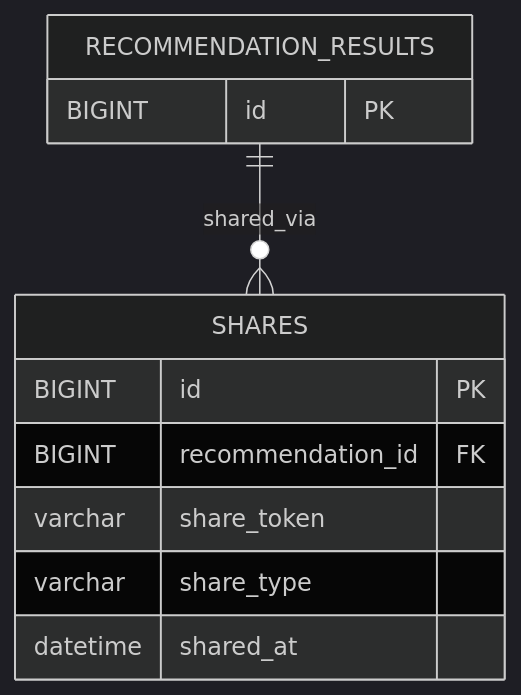
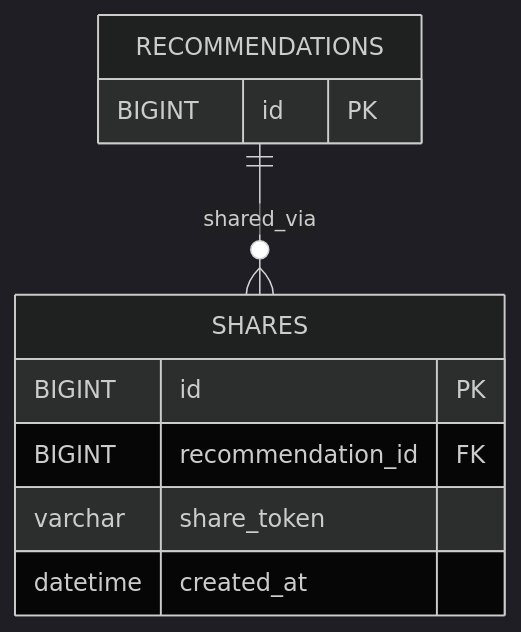
One commit to Leets-Official/K-Beauty-BE changed the diagram in docs/shares-erd.md. Above: the diagram before and after it, drawn with Mermaid (dark theme). The commit also changed other lines of this file and 25 other files, not shown here.

Commit message:
refactor: ERD-코드 정합성 동기화 및 리뷰 반영(1차)

````diff
--- a/docs/shares-erd.md
+++ b/docs/shares-erd.md
@@ -5,16 +5,15 @@
 ```mermaid
 erDiagram
-    RECOMMENDATION_RESULTS ||--o{ SHARES : shared_via
+    RECOMMENDATIONS ||--o{ SHARES : shared_via
 
     SHARES {
       BIGINT id PK
       BIGINT recommendation_id FK
       varchar share_token
-      varchar share_type
-      datetime shared_at
+      datetime created_at
     }
 
-    RECOMMENDATION_RESULTS {
+    RECOMMENDATIONS {
       BIGINT id PK
     }
 ```
````
